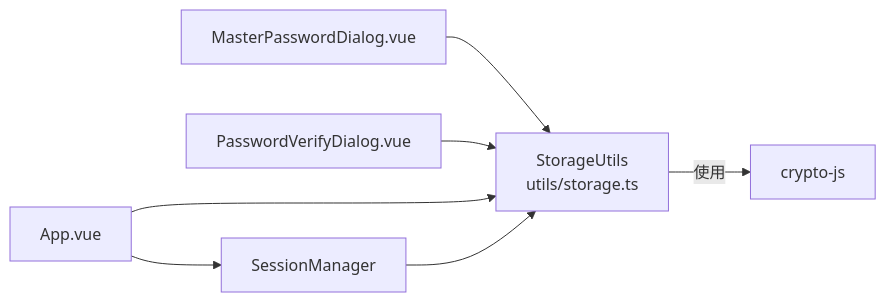
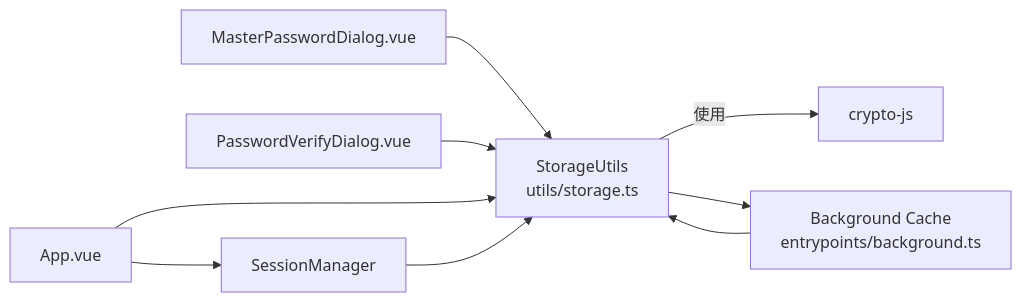
Before and after one commit to liaolongdong/account-password-helper: diagram 13 of 19 in .qoder/repowiki/zh/content/核心模块/会话管理.md, drawn with Mermaid. The commit also changed other lines of this file and 23 other files, not shown here.

````diff
--- a/.qoder/repowiki/zh/content/核心模块/会话管理.md
+++ b/.qoder/repowiki/zh/content/核心模块/会话管理.md
@@ -270,9 +536,11 @@
 ```mermaid
 graph LR
 SU["StorageUtils<br/>utils/storage.ts"] --> |使用| CryptoJS["crypto-js"]
 MPD["MasterPasswordDialog.vue"] --> SU
 PVD["PasswordVerifyDialog.vue"] --> SU
 App["App.vue"] --> SU
 App --> SM["SessionManager"]
 SM --> SU
+BG["Background Cache<br/>entrypoints/background.ts"] --> SU
+SU --> BG
 ```
````
